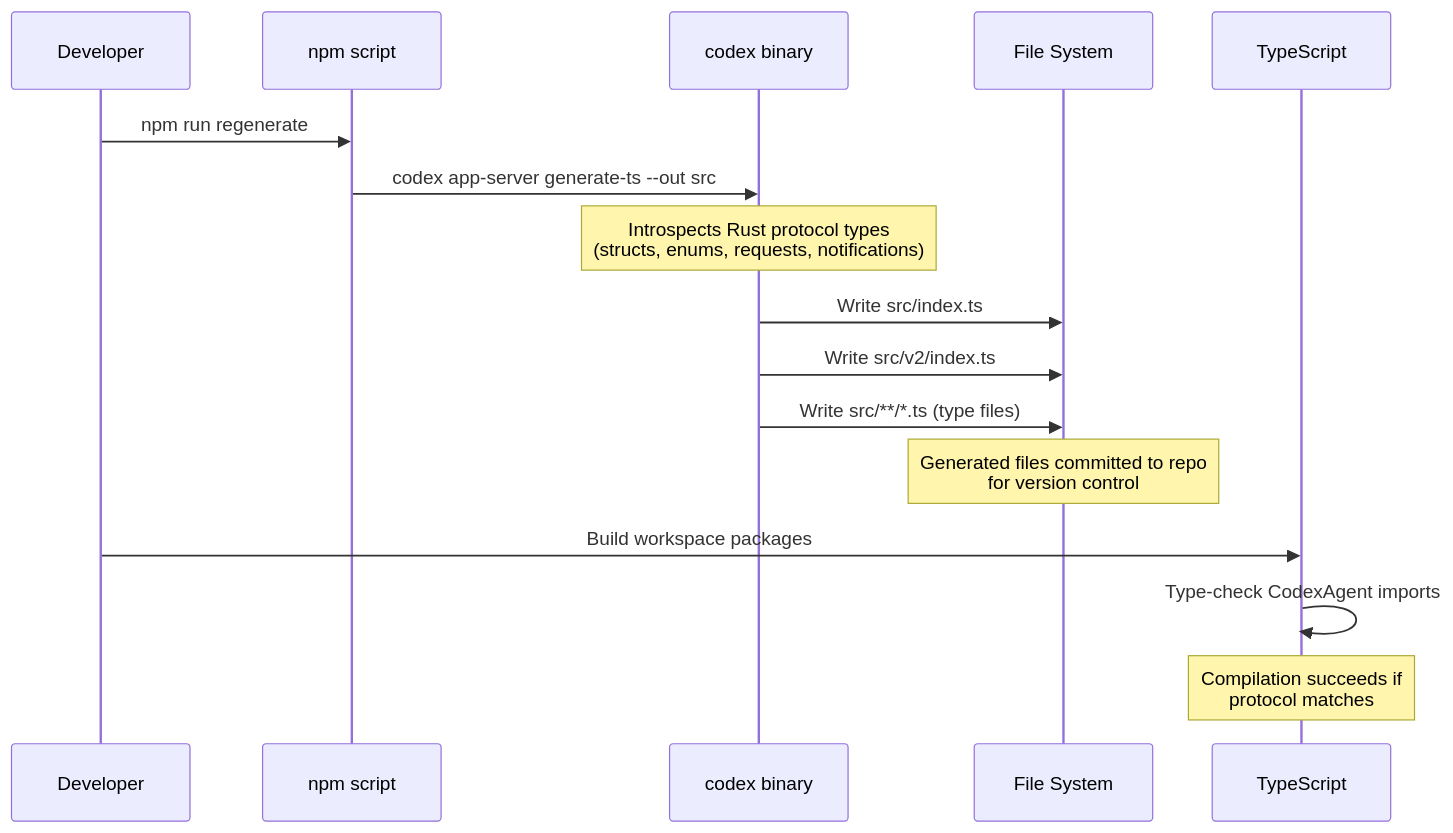
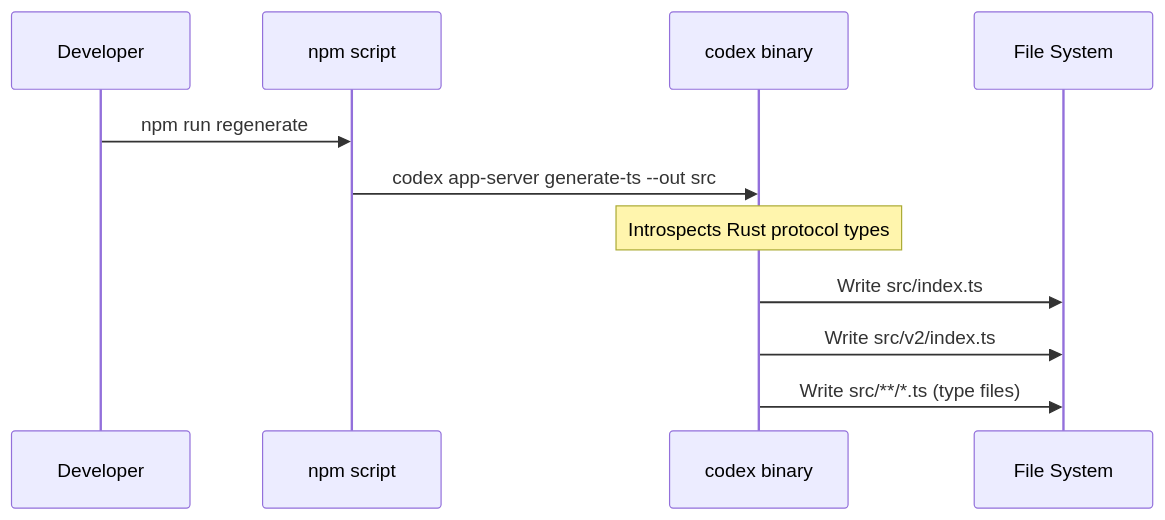
Before and after one commit to blackcater/zentree: the third of 3 diagrams in docs/lukilabs_craft-agents-oss/development-guide/type-generation-for-codex.md, drawn with Mermaid. The commit also changed other lines of this file and 232 other files, not shown here.

````diff
--- a/docs/lukilabs_craft-agents-oss/development-guide/type-generation-for-codex.md
+++ b/docs/lukilabs_craft-agents-oss/development-guide/type-generation-for-codex.md
@@ -81,24 +131,16 @@
 ```mermaid
 sequenceDiagram
     participant Dev as Developer
     participant NPM as npm script
     participant Codex as codex binary
     participant FS as File System
-    participant TS as TypeScript
-
+    
     Dev->>NPM: npm run regenerate
     NPM->>Codex: codex app-server generate-ts --out src
-
-    Note over Codex: Introspects Rust protocol types<br/>(structs, enums, requests, notifications)
-
+    
+    Note over Codex: Introspects Rust protocol types
+    
     Codex->>FS: Write src/index.ts
     Codex->>FS: Write src/v2/index.ts
     Codex->>FS: Write src/**/*.ts (type files)
-
-    Note over FS: Generated files committed to repo<br/>for version control
-
-    Dev->>TS: Build workspace packages
-    TS->>TS: Type-check CodexAgent imports
-
-    Note over TS: Compilation succeeds if<br/>protocol matches
 ```
````
